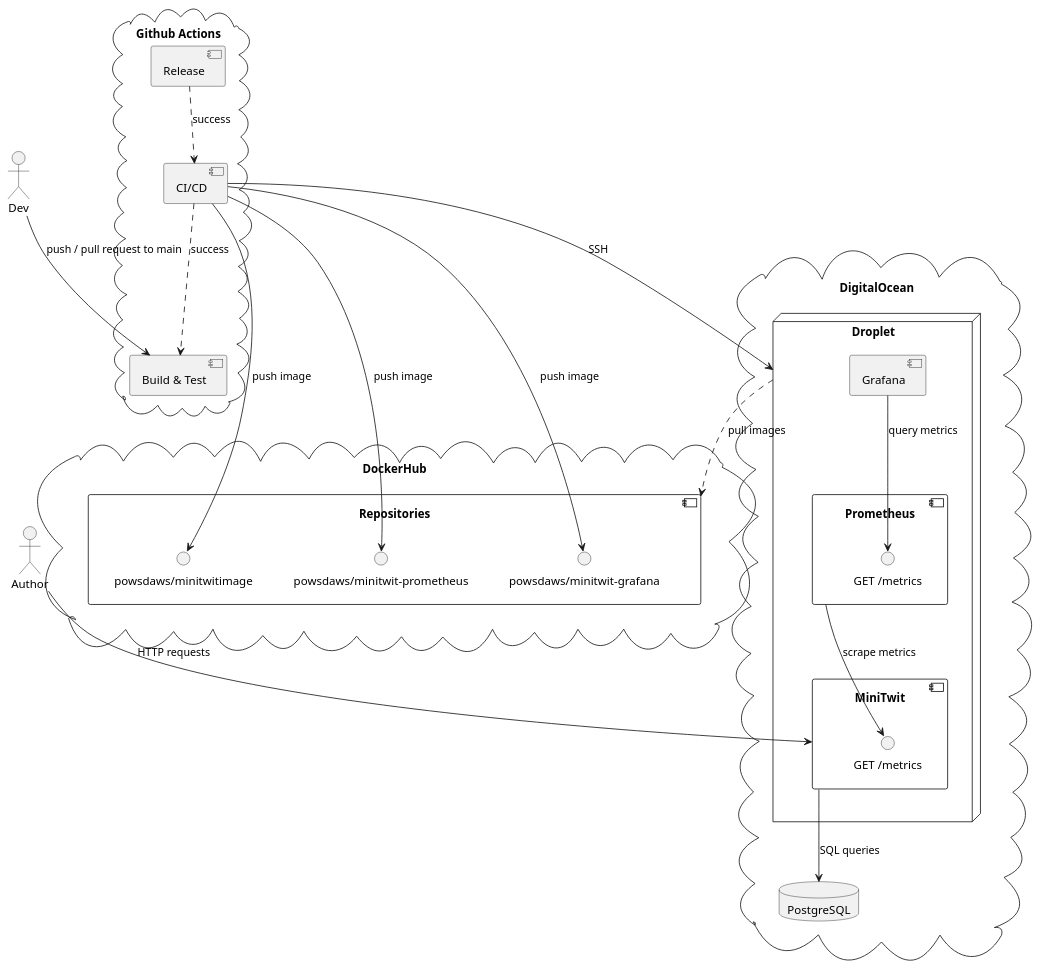
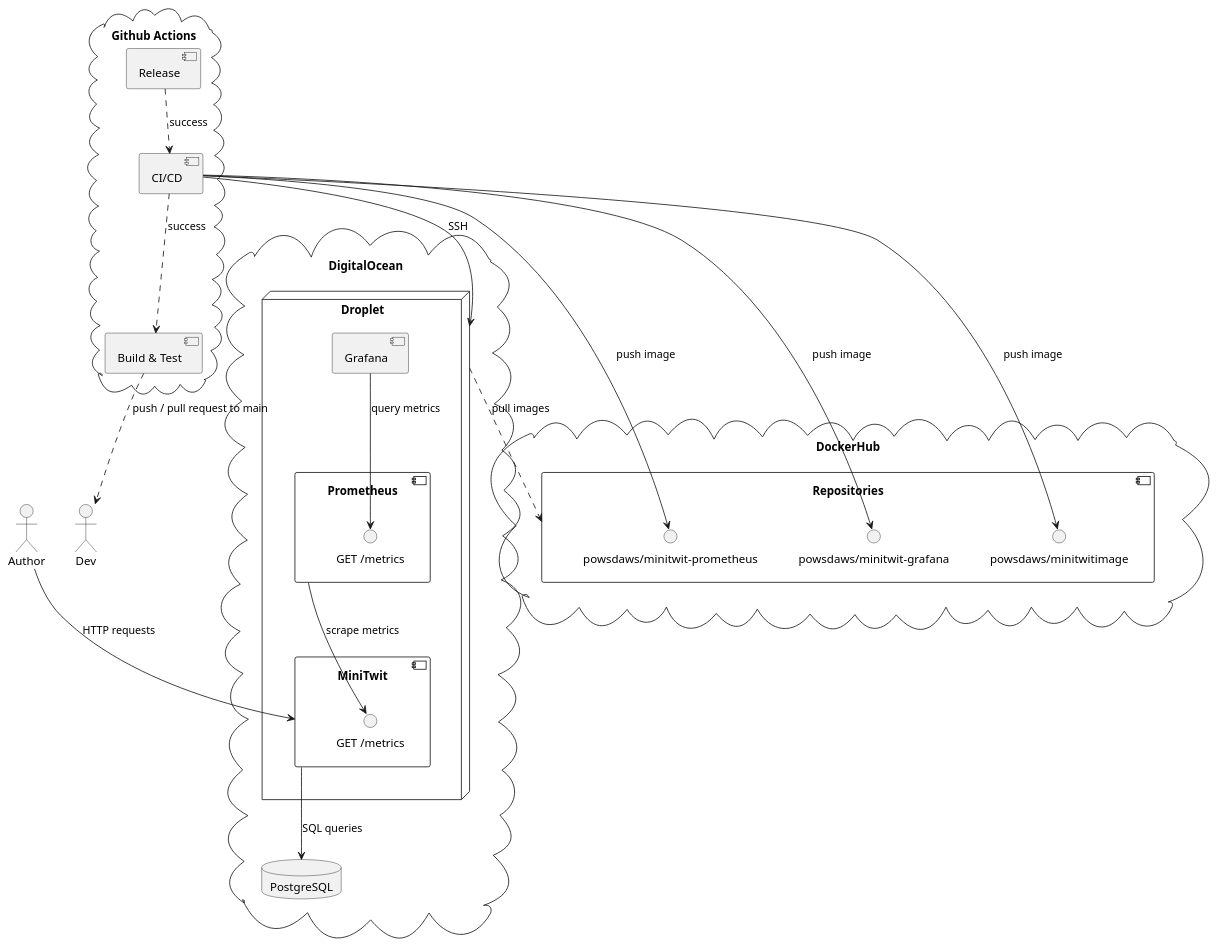
Before and after one commit to DevBobs-devops/Devbobs_MiniTwit: the diagram in docs/subsystem.puml, drawn with PlantUML. The commit also changed 1 other file, not shown here.

Commit message:
feat: change arrow from build & test to dev
- Helped check if arrows & dependencies seemed correct

```diff
--- a/docs/subsystem.puml
+++ b/docs/subsystem.puml
@@ -1,42 +1,42 @@
 @startuml
 actor Author
 cloud "DigitalOcean" {
   node "Droplet" as vm {
     component "MiniTwit" as minitwit {
       interface "GET /metrics" as minitwit_metrics
     }
     component "Prometheus" as prometheus {
       interface "GET /metrics" as prom_api
     }
     component "Grafana" as grafana
   }
   
   database "PostgreSQL" as db
 }
 cloud "DockerHub" {
   component "Repositories" as repositories {
       interface "powsdaws/minitwitimage" as mt_repo
       interface "powsdaws/minitwit-prometheus" as prom_repo
       interface "powsdaws/minitwit-grafana" as grafana_repo
   }
   
 }
 cloud "Github Actions" as github_actions {
     component "CI/CD" as cicd
     component "Build & Test" as build_test
     component "Release" as release
 }
 cicd ..> build_test : success
 cicd --> mt_repo : push image
 cicd --> prom_repo : push image
 cicd --> grafana_repo : push image
 cicd --> vm : SSH
 vm ..> repositories : pull images
 release ..> cicd : success
 actor Dev 
-Dev --> build_test : push / pull request to main
+build_test ..> Dev : push / pull request to main
 Author --> minitwit : HTTP requests
 minitwit --> db : SQL queries
 prometheus --> minitwit_metrics : scrape metrics
 grafana --> prom_api : query metrics
 @enduml
```
